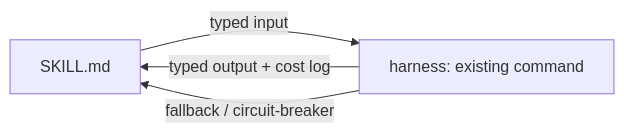
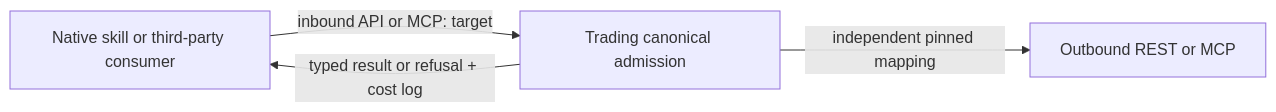
The fourth of 4 diagrams in undocumented-draft/prd-tad-adr-mvp-gtm-agentic-trading-skills.md (huijoohwee/joohwee), drawn with Mermaid before and after one commit. The commit also changed other lines of this file and 1 other file, not shown here.

First line of the commit message:
docs(trading): sync joohwee mirror to owner 0.14.0 / Skills 0.10.0 (#49)

````diff
--- a/undocumented-draft/prd-tad-adr-mvp-gtm-agentic-trading-skills.md
+++ b/undocumented-draft/prd-tad-adr-mvp-gtm-agentic-trading-skills.md
@@ -209,6 +216,6 @@
 ```mermaid
 flowchart LR
-  S[SKILL.md] -->|typed input| H[harness: existing command]
-  H -->|typed output + cost log| S
-  H -->|fallback / circuit-breaker| S
+  S[Native skill or third-party consumer] -->|inbound API or MCP: target| G[Trading canonical admission]
+  G -->|independent pinned mapping| T[Outbound REST or MCP]
+  G -->|typed result or refusal + cost log| S
 ```
````
